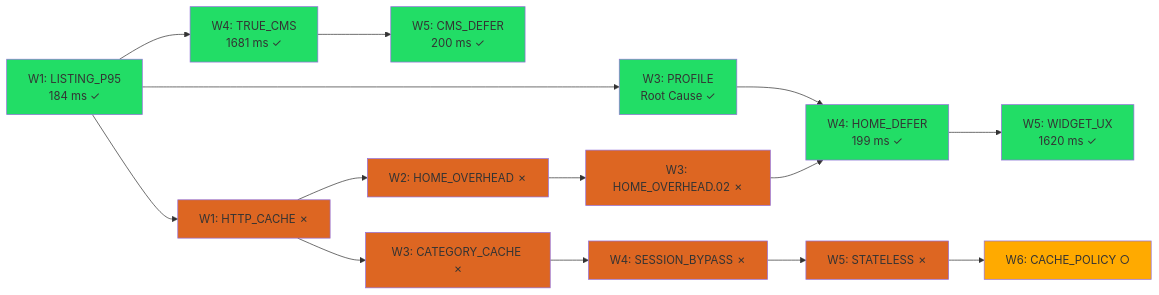
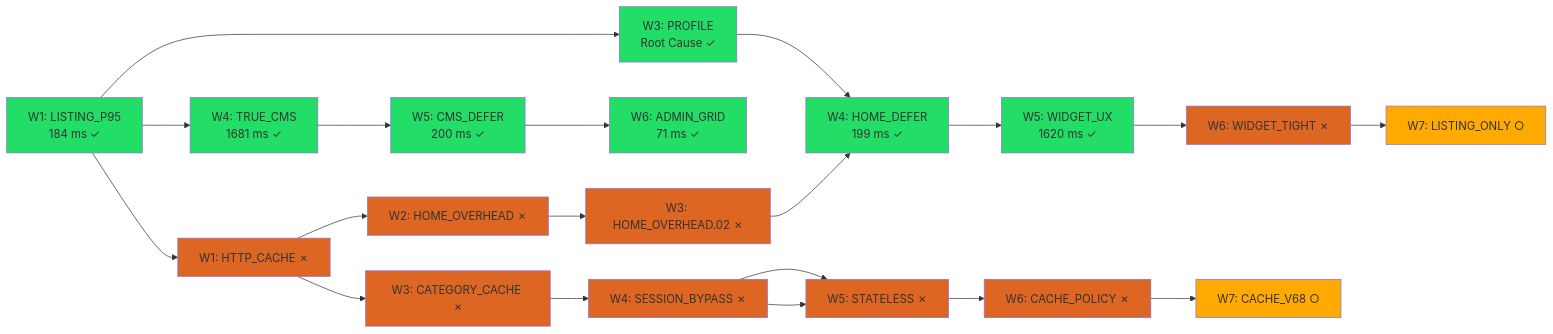
Before and after one commit to sthamann/shopware-autoresearch: the fourth of 5 diagrams in RESEARCH_RESULTS.md, drawn with Mermaid. The commit also changed other lines of this file and 18 other files, not shown here.

First line of the commit message:
Wave 6: query-only admin grid search verified at 71 ms p95.

````diff
--- a/RESEARCH_RESULTS.md
+++ b/RESEARCH_RESULTS.md
@@ -290,32 +302,42 @@
 ```mermaid
 flowchart LR
     W1["W1: LISTING_P95<br/>184 ms ✓"] --> W3["W3: PROFILE<br/>Root Cause ✓"]
     W3 --> W4D["W4: HOME_DEFER<br/>199 ms ✓"]
     W4D --> W5W["W5: WIDGET_UX<br/>1620 ms ✓"]
     W1 --> W4T["W4: TRUE_CMS<br/>1681 ms ✓"]
     W4T --> W5D["W5: CMS_DEFER<br/>200 ms ✓"]
+    W5D --> W6G["W6: ADMIN_GRID<br/>71 ms ✓"]
 
     W1 --> W1F["W1: HTTP_CACHE ✗"]
     W1F --> W2H["W2: HOME_OVERHEAD ✗"]
     W2H --> W3H["W3: HOME_OVERHEAD.02 ✗"]
     W3H --> W4D
 
     W1F --> W3C["W3: CATEGORY_CACHE ✗"]
     W3C --> W4S["W4: SESSION_BYPASS ✗"]
     W4S --> W5S["W5: STATELESS ✗"]
-    W5S --> W6S["W6: CACHE_POLICY ○"]
+    W4S --> W5S["W5: STATELESS ✗"]
+    W5S --> W6S["W6: CACHE_POLICY ✗"]
+    W6S --> W7S["W7: CACHE_V68 ○"]
+
+    W5W --> W6W["W6: WIDGET_TIGHT ✗"]
+    W6W --> W7W["W7: LISTING_ONLY ○"]
 
     style W4D fill:#2d6,#fff
     style W5D fill:#2d6,#fff
     style W5W fill:#2d6,#fff
+    style W6G fill:#2d6,#fff
     style W1 fill:#2d6,#fff
     style W3 fill:#2d6,#fff
     style W4T fill:#2d6,#fff
     style W1F fill:#d62,#fff
     style W2H fill:#d62,#fff
     style W3H fill:#d62,#fff
     style W3C fill:#d62,#fff
     style W4S fill:#d62,#fff
     style W5S fill:#d62,#fff
-    style W6S fill:#fa0,#fff
+    style W6S fill:#d62,#fff
+    style W6W fill:#d62,#fff
+    style W7S fill:#fa0,#fff
+    style W7W fill:#fa0,#fff
 ```
````
